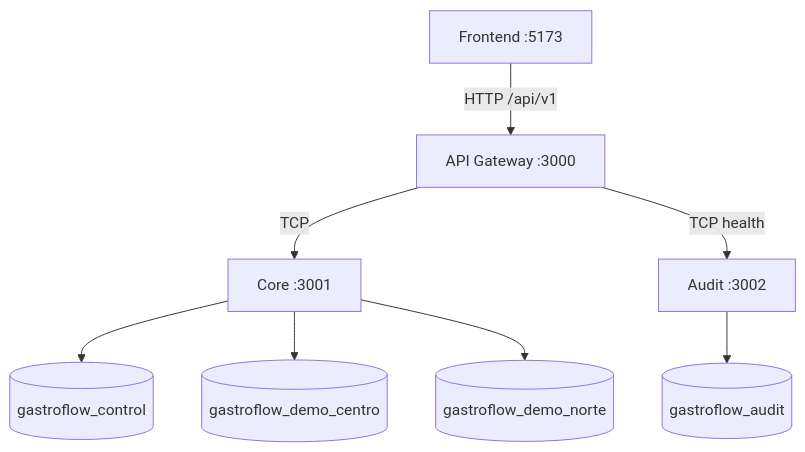
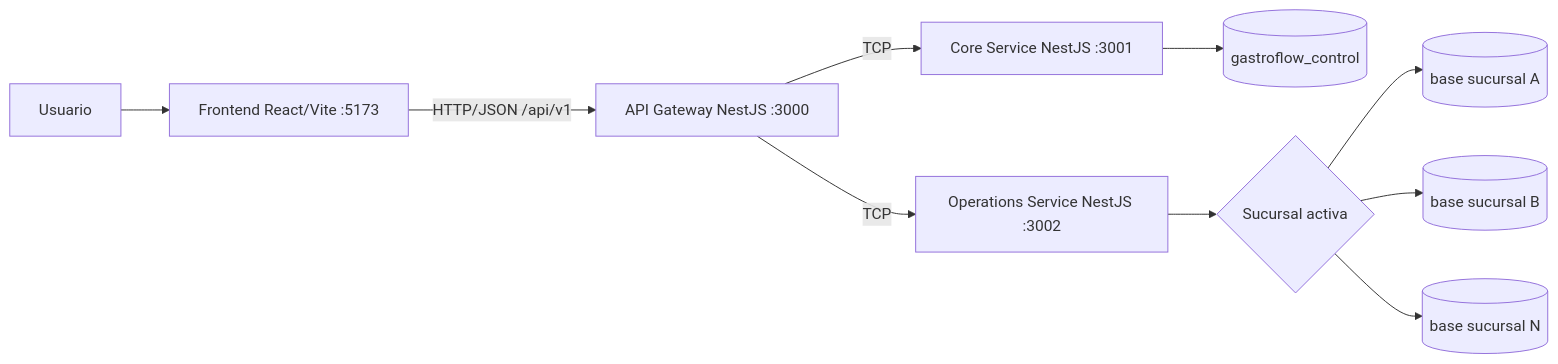
The diagram in gastroflow-saas/docs/ARCHITECTURE.md (josuealban/gastroflow), drawn with Mermaid before and after one commit. The commit also changed other lines of this file and 237 other files, not shown here.

````diff
--- a/gastroflow-saas/docs/ARCHITECTURE.md
+++ b/gastroflow-saas/docs/ARCHITECTURE.md
@@ -5,10 +5,12 @@
 ```mermaid
-flowchart TD
-  F["Frontend :5173"] -->|"HTTP /api/v1"| G["API Gateway :3000"]
-  G -->|"TCP"| C["Core :3001"]
-  G -->|"TCP health"| A["Audit :3002"]
-  C --> CONTROL[("gastroflow_control")]
-  C --> CENTRO[("gastroflow_demo_centro")]
-  C --> NORTE[("gastroflow_demo_norte")]
-  A --> AUDIT[("gastroflow_audit")]
+flowchart LR
+  U["Usuario"] --> F["Frontend React/Vite :5173"]
+  F -->|"HTTP/JSON /api/v1"| G["API Gateway NestJS :3000"]
+  G -->|"TCP"| C["Core Service NestJS :3001"]
+  G -->|"TCP"| O["Operations Service NestJS :3002"]
+  C --> DB0[("gastroflow_control")]
+  O --> SEL{"Sucursal activa"}
+  SEL --> DB1[("base sucursal A")]
+  SEL --> DB2[("base sucursal B")]
+  SEL --> DBN[("base sucursal N")]
 ```
````
